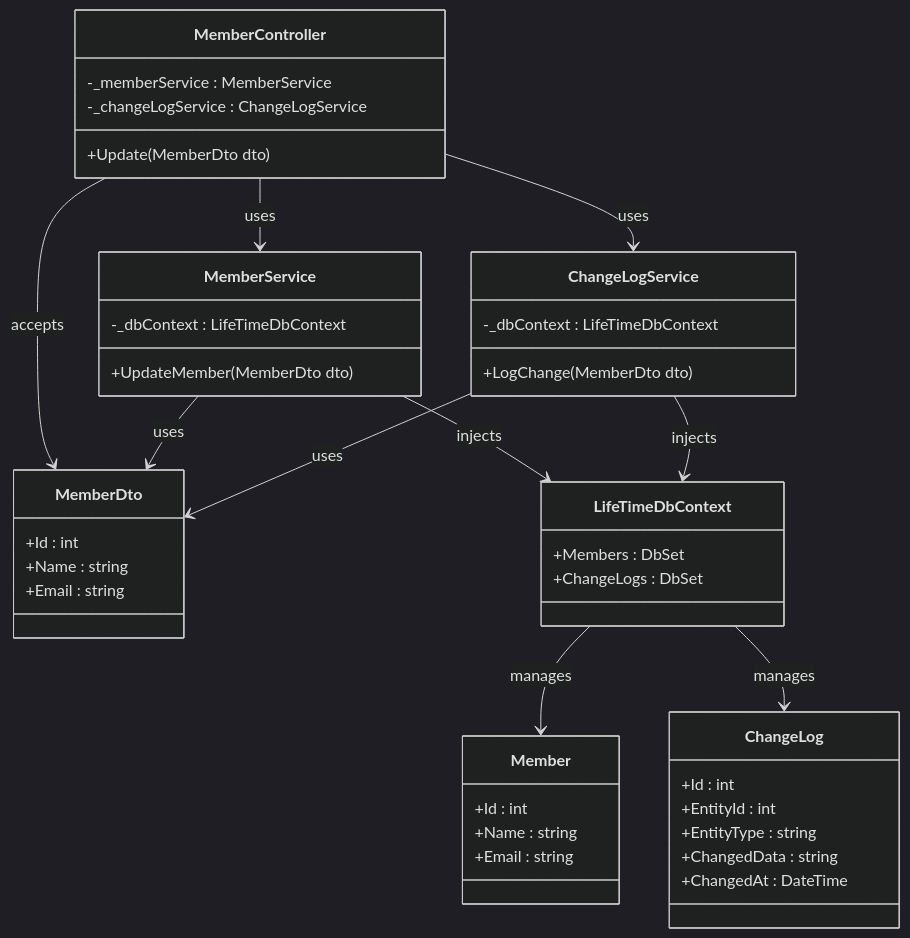
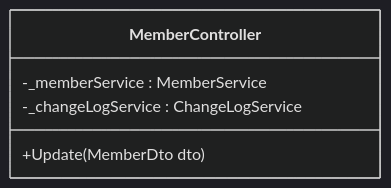
The first of 2 diagrams in _posts/2025-08-01-Lost-Updates-and-Broken-Transactions-from-Incorrect-DI-Lifecycle.md (oninebx/blog), drawn with Mermaid (dark theme) before and after one commit. The commit also changed other lines of this file, not shown here.

Commit message:
Update Blog “2025-08-01-Lost-Updates-and-Broken-Transactions-from-Incorrect-DI-Lifecycle”

````diff
--- a/_posts/2025-08-01-Lost-Updates-and-Broken-Transactions-from-Incorrect-DI-Lifecycle.md
+++ b/_posts/2025-08-01-Lost-Updates-and-Broken-Transactions-from-Incorrect-DI-Lifecycle.md
@@ -71,54 +81,56 @@
 <div class="mermaid">
 classDiagram
     class MemberController {
         +Update(MemberDto dto)
         -_memberService : MemberService
         -_changeLogService : ChangeLogService
     }
 
-    class MemberService {
-        +UpdateMember(MemberDto dto)
-        -_dbContext : LifeTimeDbContext
-    }
+```
+class MemberService {
+    +UpdateMember(MemberDto dto)
+    -_dbContext : LifeTimeDbContext
+}
 
-    class ChangeLogService {
-        +LogChange(MemberDto dto)
-        -_dbContext : LifeTimeDbContext
-    }
+class ChangeLogService {
+    +LogChange(MemberDto dto)
+    -_dbContext : LifeTimeDbContext
+}
 
-    class MemberDto {
-        +Id : int
-        +Name : string
-        +Email : string
-    }
+class MemberDto {
+    +Id : int
+    +Name : string
+    +Email : string
+}
 
-    class LifeTimeDbContext {
-        +Members : DbSet<Member>
-        +ChangeLogs : DbSet<ChangeLog>
-    }
+class LifeTimeDbContext {
+    +Members : DbSet<Member>
+    +ChangeLogs : DbSet<ChangeLog>
+}
 
-    class Member {
-        +Id : int
-        +Name : string
-        +Email : string
-    }
+class Member {
+    +Id : int
+    +Name : string
+    +Email : string
+}
 
-    class ChangeLog {
-        +Id : int
-        +EntityId : int
-        +EntityType : string
-        +ChangedData : string
-        +ChangedAt : DateTime
-    }
+class ChangeLog {
+    +Id : int
+    +EntityId : int
+    +EntityType : string
+    +ChangedData : string
+    +ChangedAt : DateTime
+}
 
-    MemberController --> MemberService : uses
-    MemberController --> ChangeLogService : uses
-    MemberController --> MemberDto : accepts
-    MemberService --> MemberDto : uses
-    ChangeLogService --> MemberDto : uses
-    MemberService --> LifeTimeDbContext : injects
-    ChangeLogService --> LifeTimeDbContext : injects
-    LifeTimeDbContext --> Member : manages
-    LifeTimeDbContext --> ChangeLog : manages
+MemberController --> MemberService : uses
+MemberController --> ChangeLogService : uses
+MemberController --> MemberDto : accepts
+MemberService --> MemberDto : uses
+ChangeLogService --> MemberDto : uses
+MemberService --> LifeTimeDbContext : injects
+ChangeLogService --> LifeTimeDbContext : injects
+LifeTimeDbContext --> Member : manages
+LifeTimeDbContext --> ChangeLog : manages
+```
 
 </div>
````
